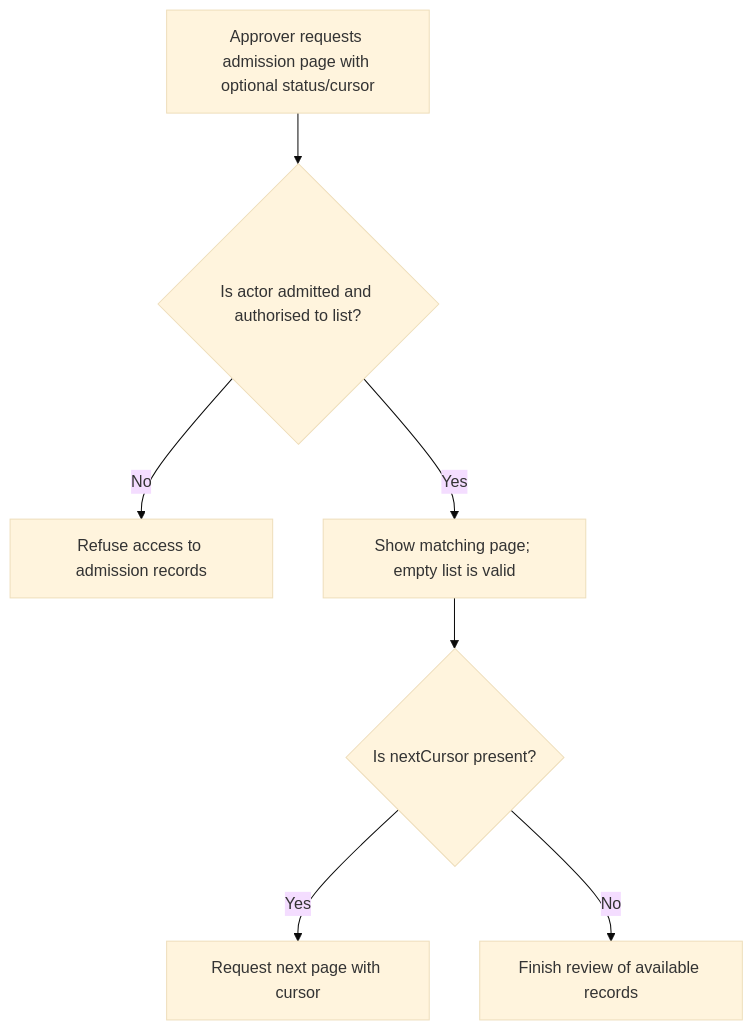
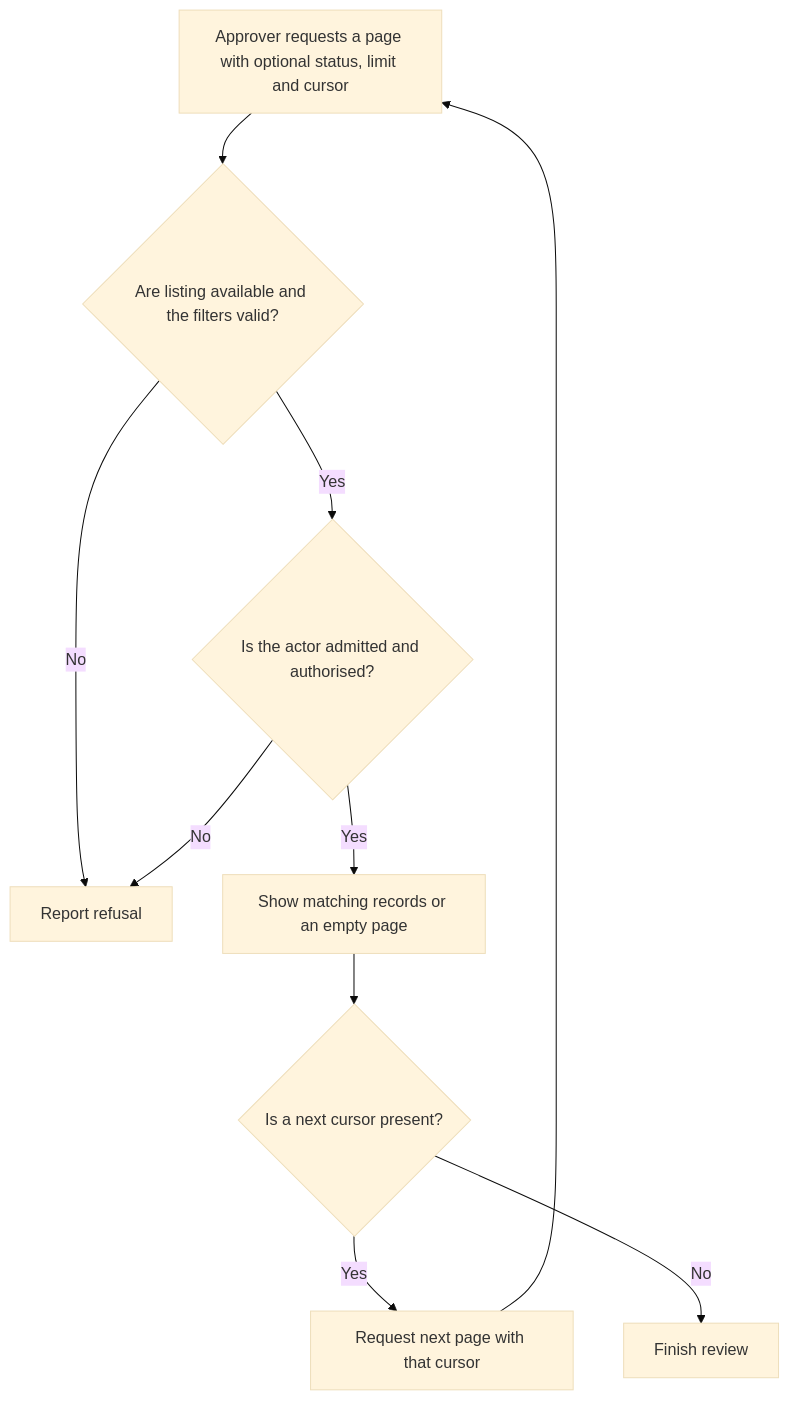
The first of 2 diagrams in user-stories/US-ACCOUNT-45-list-admission-records.md (Kevinjohn/oss-adonisjs-account-kit), drawn with Mermaid (base theme) before and after one commit. The commit also changed other lines of this file and 70 other files, not shown here.

````diff
--- a/user-stories/US-ACCOUNT-45-list-admission-records.md
+++ b/user-stories/US-ACCOUNT-45-list-admission-records.md
@@ -19,9 +20,12 @@
 ```mermaid
 flowchart TD
- A["Approver requests admission page with optional status/cursor"] --> B{"Is actor admitted and authorised to list?"}
- B -->|No| C["Refuse access to admission records"]
- B -->|Yes| D["Show matching page; empty list is valid"]
- D --> E{"Is nextCursor present?"}
- E -->|Yes| F["Request next page with cursor"]
- E -->|No| G["Finish review of available records"]
+ A["Approver requests a page with optional status, limit and cursor"] --> B{"Are listing available and the filters valid?"}
+ B -->|No| C["Report refusal"]
+ B -->|Yes| H{"Is the actor admitted and authorised?"}
+ H -->|No| C
+ H -->|Yes| D["Show matching records or an empty page"]
+ D --> E{"Is a next cursor present?"}
+ E -->|Yes| F["Request next page with that cursor"]
+ F --> A
+ E -->|No| G["Finish review"]
 ```
````
